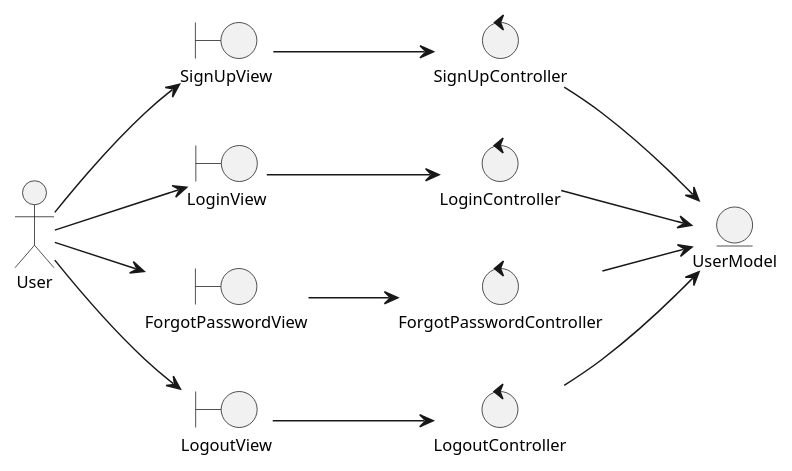
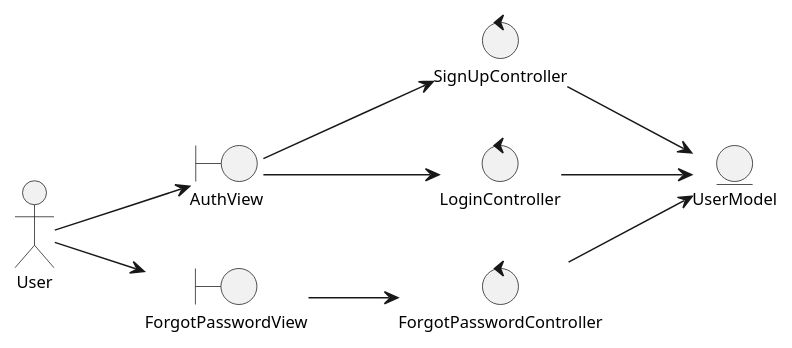
The diagram in Análisis/Clases de Análisis/analysisClassDiagramAuthentication.plantuml (valeraruggierotesisucv/tesis-frameworks-mobile-diagrams), drawn with PlantUML before and after one commit. The commit also changed 7 other files, not shown here.

Commit message:
Refactor authentication and event management diagrams: rename views and controllers, update user interactions, and enhance class structure. Added new boundaries and controllers for improved user flow.

```diff
--- a/Análisis/Clases de Análisis/analysisClassDiagramAuthentication.plantuml
+++ b/Análisis/Clases de Análisis/analysisClassDiagramAuthentication.plantuml
@@ -1,37 +1,31 @@
 @startuml analysisClassDiagramAuthentication
 skinparam style strictuml
 left to right direction
 skinparam defaultTextAlignment center
 skinparam defaultFontSize 11
 
 
 actor "User" as user
 
 entity "UserModel" as userModel
 
-boundary "SignUpView" as signUpView
-boundary "LoginView" as loginView
+boundary "AuthView" as authView
 boundary "ForgotPasswordView" as forgotPasswordView
-boundary "LogoutView" as logoutView
 
 control "SignUpController" as signUpController
 control "LoginController" as loginController
 control "ForgotPasswordController" as forgotPasswordController
-control "LogoutController" as logoutController
 
-user --> signUpView
-user --> loginView
+user --> authView
 user --> forgotPasswordView
-user --> logoutView 
 
-signUpView --> signUpController
-loginView --> loginController
+
+authView --> signUpController
+authView --> loginController
 forgotPasswordView --> forgotPasswordController
-logoutView --> logoutController
 
 signUpController --> userModel
 loginController --> userModel
 forgotPasswordController --> userModel
-logoutController --> userModel
 
 @enduml
```
